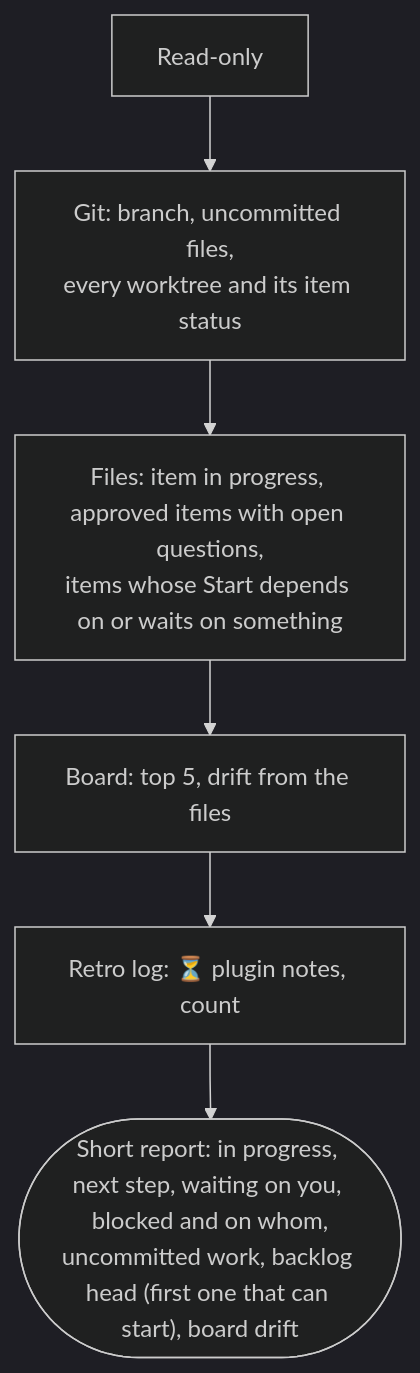
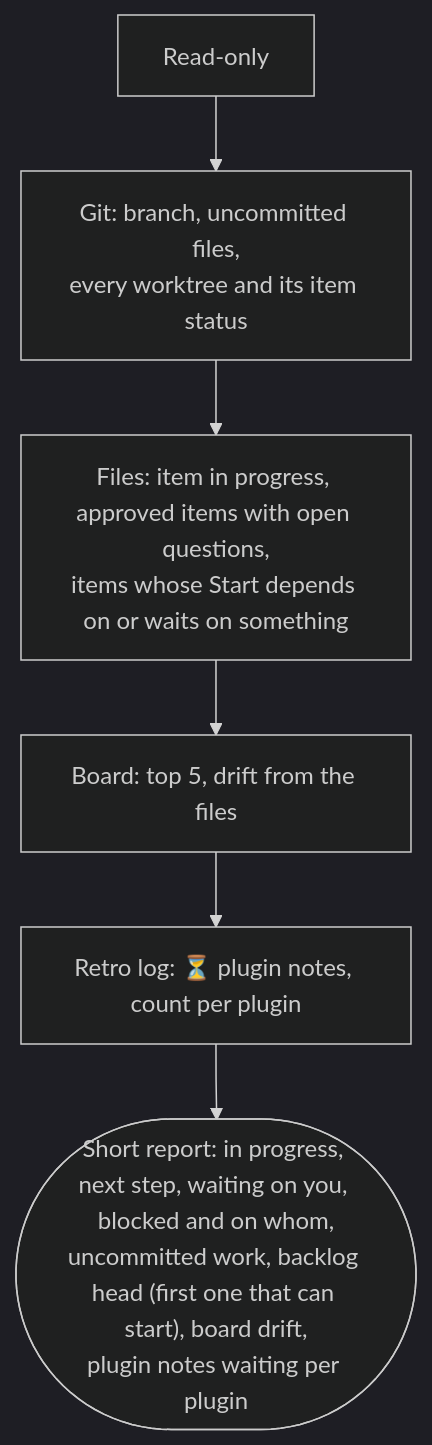
Diagram 15 of 18 in docs/agile/workflow.md (alexcanario/simulab), drawn with Mermaid (dark theme) before and after one commit. The commit also changed other lines of this file and 9 other files, not shown here.

````diff
--- a/docs/agile/workflow.md
+++ b/docs/agile/workflow.md
@@ -1398,8 +1549,8 @@
 ```mermaid
 flowchart TD
     A["Read-only"] --> B["Git: branch, uncommitted files,<br/>every worktree and its item status"]
     B --> C["Files: item in progress, approved items with open questions,<br/>items whose Start depends on or waits on something"]
     C --> D["Board: top 5, drift from the files"]
-    D --> E["Retro log: ⏳ plugin notes, count"]
-    E --> F(["Short report: in progress, next step, waiting on you, blocked and on whom,<br/>uncommitted work, backlog head (first one that can start), board drift"])
+    D --> E["Retro log: ⏳ plugin notes, count per plugin"]
+    E --> F(["Short report: in progress, next step, waiting on you, blocked and on whom,<br/>uncommitted work, backlog head (first one that can start), board drift,<br/>plugin notes waiting per plugin"])
 ```
````
